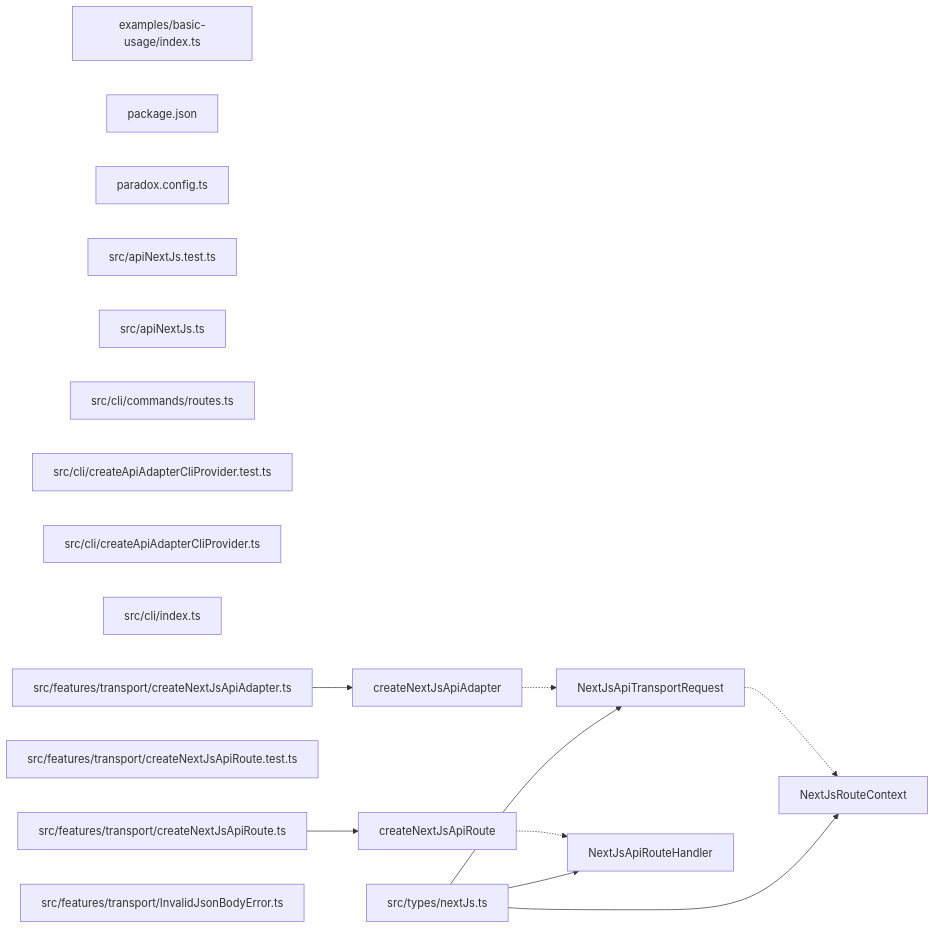
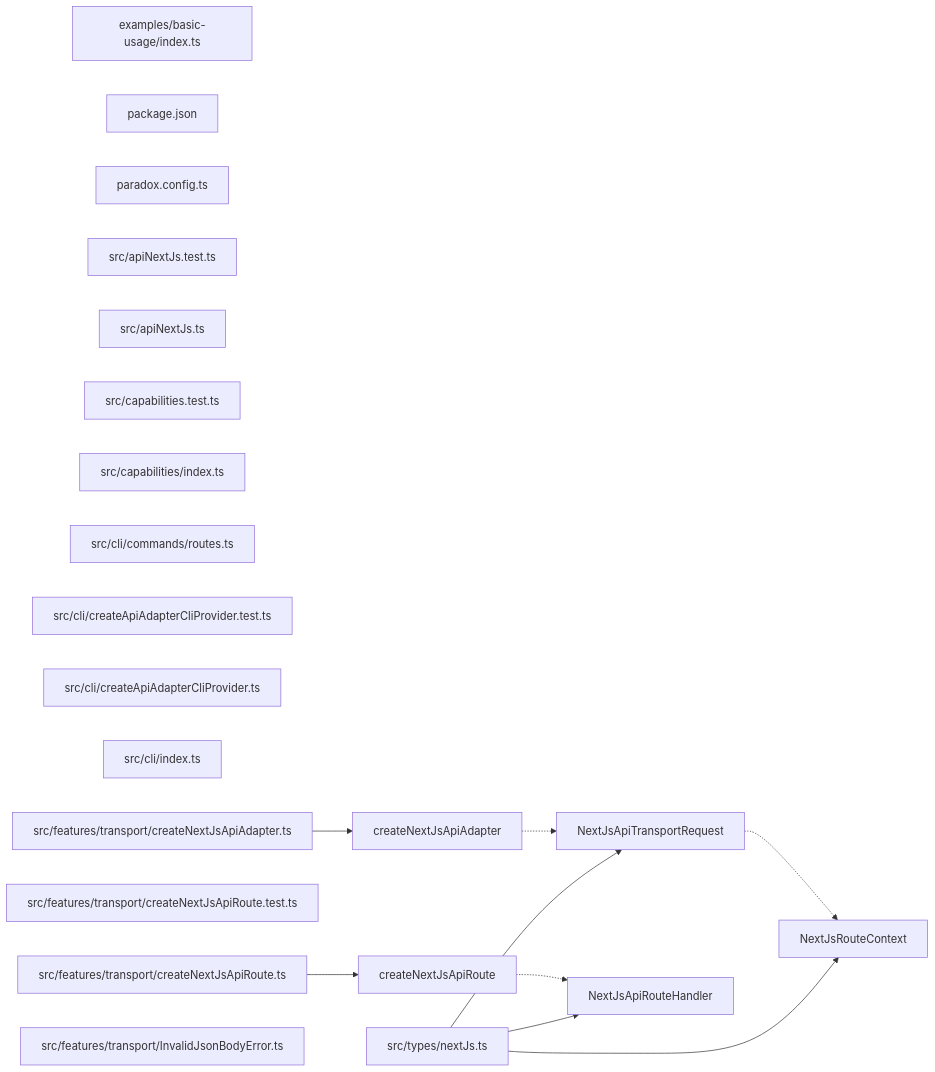
One commit to ankhorage/api-nextjs changed the diagram in paradox/diagrams/export-graph.mmd. Above: the diagram before and after it, drawn with Mermaid. The commit also changed 9 other files, not shown here.

```diff
--- a/paradox/diagrams/export-graph.mmd
+++ b/paradox/diagrams/export-graph.mmd
@@ -1,28 +1,30 @@
 graph LR
   module_examples_basic_usage_index_ts["examples/basic-usage/index.ts"]
   module_package_json["package.json"]
   module_paradox_config_ts["paradox.config.ts"]
   module_src_apiNextJs_test_ts["src/apiNextJs.test.ts"]
   module_src_apiNextJs_ts["src/apiNextJs.ts"]
+  module_src_capabilities_test_ts["src/capabilities.test.ts"]
+  module_src_capabilities_index_ts["src/capabilities/index.ts"]
   module_src_cli_commands_routes_ts["src/cli/commands/routes.ts"]
   module_src_cli_createApiAdapterCliProvider_test_ts["src/cli/createApiAdapterCliProvider.test.ts"]
   module_src_cli_createApiAdapterCliProvider_ts["src/cli/createApiAdapterCliProvider.ts"]
   module_src_cli_index_ts["src/cli/index.ts"]
   module_src_features_transport_createNextJsApiAdapter_ts["src/features/transport/createNextJsApiAdapter.ts"]
   module_src_features_transport_createNextJsApiRoute_test_ts["src/features/transport/createNextJsApiRoute.test.ts"]
   module_src_features_transport_createNextJsApiRoute_ts["src/features/transport/createNextJsApiRoute.ts"]
   module_src_features_transport_InvalidJsonBodyError_ts["src/features/transport/InvalidJsonBodyError.ts"]
   module_src_types_nextJs_ts["src/types/nextJs.ts"]
   export_createNextJsApiAdapter["createNextJsApiAdapter"]
   module_src_features_transport_createNextJsApiAdapter_ts --> export_createNextJsApiAdapter
   export_createNextJsApiAdapter -.-> export_NextJsApiTransportRequest
   export_createNextJsApiRoute["createNextJsApiRoute"]
   module_src_features_transport_createNextJsApiRoute_ts --> export_createNextJsApiRoute
   export_createNextJsApiRoute -.-> export_NextJsApiRouteHandler
   export_NextJsApiRouteHandler["NextJsApiRouteHandler"]
   module_src_types_nextJs_ts --> export_NextJsApiRouteHandler
   export_NextJsApiTransportRequest["NextJsApiTransportRequest"]
   module_src_types_nextJs_ts --> export_NextJsApiTransportRequest
   export_NextJsApiTransportRequest -.-> export_NextJsRouteContext
   export_NextJsRouteContext["NextJsRouteContext"]
   module_src_types_nextJs_ts --> export_NextJsRouteContext
```
